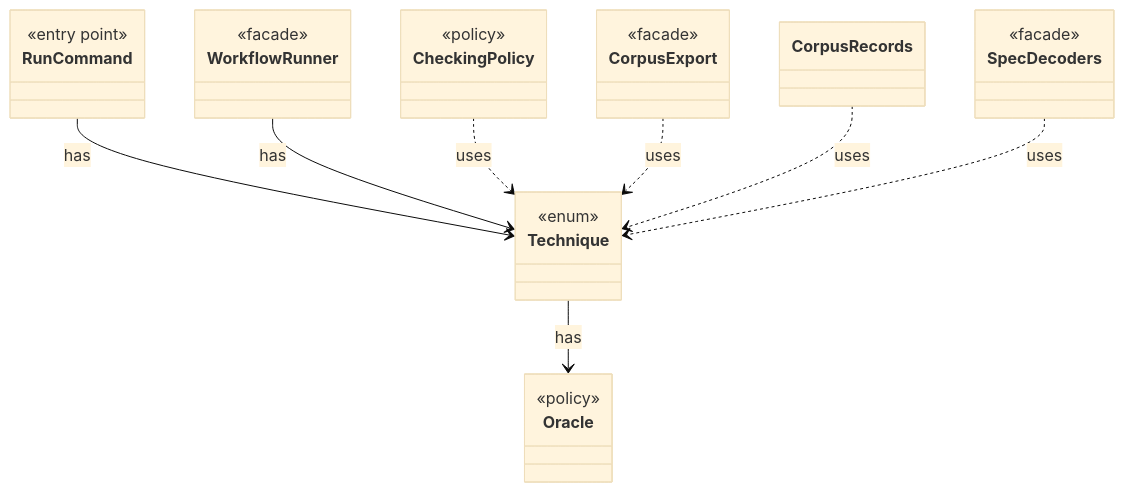
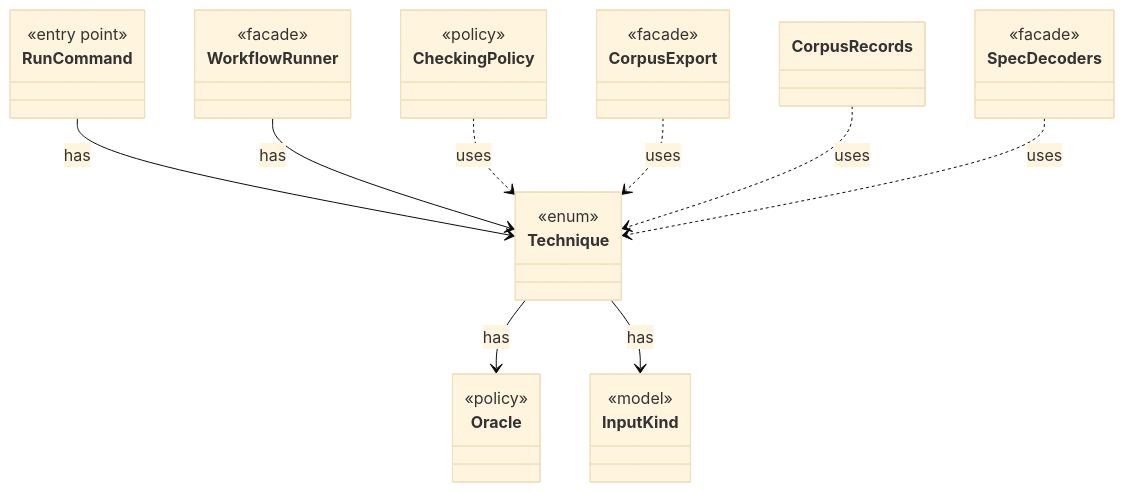
Before and after one commit to tlaplus/model-checker-hardening: the diagram in dev/types/io.github.tlaplus.hardening.corpus.Technique.md, drawn with Mermaid (base theme). The commit also changed other lines of this file and 401 other files, not shown here.

````diff
--- a/dev/types/io.github.tlaplus.hardening.corpus.Technique.md
+++ b/dev/types/io.github.tlaplus.hardening.corpus.Technique.md
@@ -7,32 +7,36 @@
 ```mermaid
 classDiagram
   class Technique {
     <<enum>>
   }
   class Oracle {
     <<policy>>
+  }
+  class InputKind {
+    <<model>>
   }
   class RunCommand {
     <<entry point>>
   }
   class WorkflowRunner {
     <<facade>>
   }
   class CheckingPolicy {
     <<policy>>
   }
   class CorpusExport {
     <<facade>>
   }
   class CorpusRecords
   class SpecDecoders {
     <<facade>>
   }
   Technique --> Oracle : has
+  Technique --> InputKind : has
   RunCommand --> Technique : has
   WorkflowRunner --> Technique : has
   CheckingPolicy ..> Technique : uses
   CorpusExport ..> Technique : uses
   CorpusRecords ..> Technique : uses
   SpecDecoders ..> Technique : uses
 ```
````
